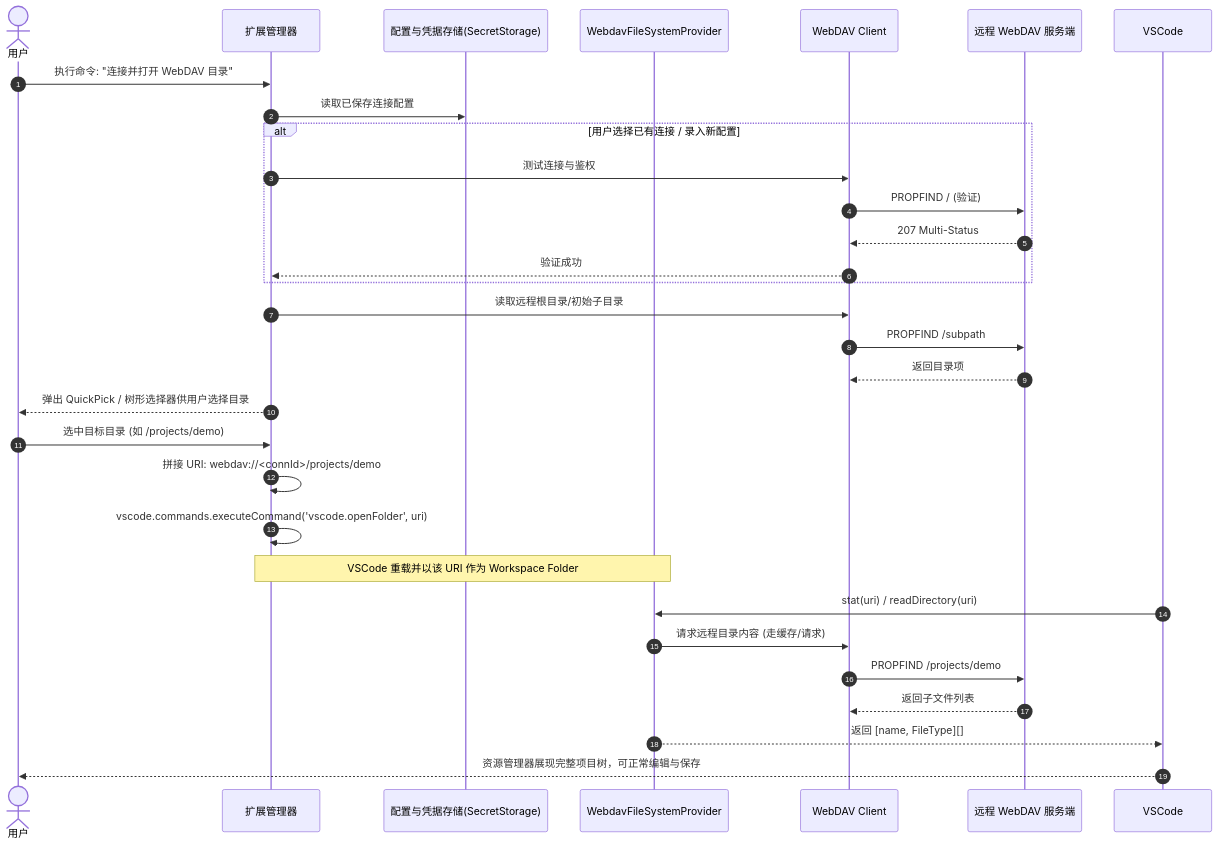
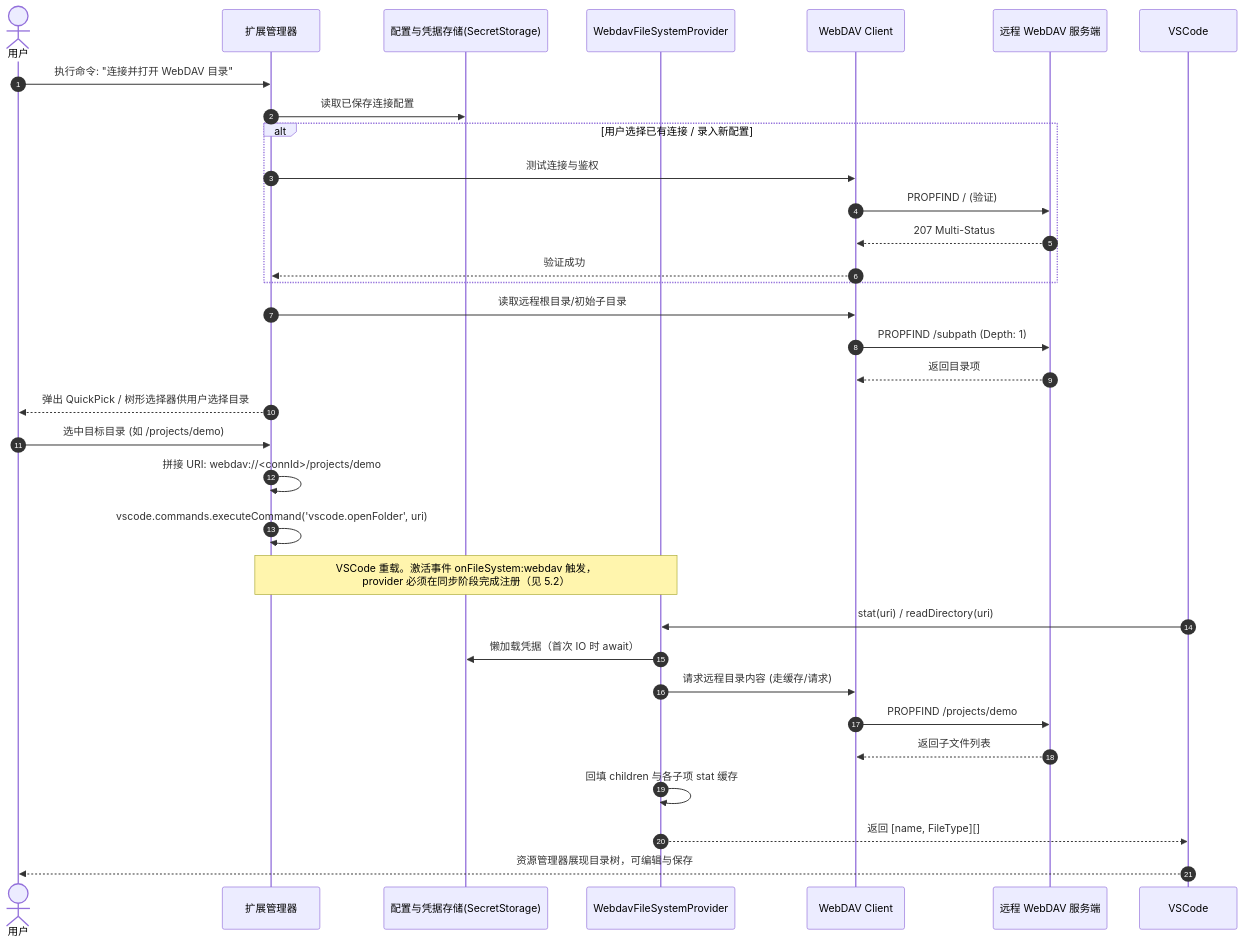
One commit to duskedge/webdav-edit changed the diagram in doc/requirements.md. Above: the diagram before and after it, drawn with Mermaid. The commit also changed other lines of this file, not shown here.

````diff
--- a/doc/requirements.md
+++ b/doc/requirements.md
@@ -116,36 +328,38 @@
 ```mermaid
 sequenceDiagram
     autonumber
     actor User as 用户
     participant Ext as 扩展管理器
     participant Store as 配置与凭据存储(SecretStorage)
     participant FSP as WebdavFileSystemProvider
     participant Client as WebDAV Client
     participant Server as 远程 WebDAV 服务端
 
     User->>Ext: 执行命令: "连接并打开 WebDAV 目录"
     Ext->>Store: 读取已保存连接配置
     alt 用户选择已有连接 / 录入新配置
         Ext->>Client: 测试连接与鉴权
         Client->>Server: PROPFIND / (验证)
         Server-->>Client: 207 Multi-Status
         Client-->>Ext: 验证成功
     end
 
     Ext->>Client: 读取远程根目录/初始子目录
-    Client->>Server: PROPFIND /subpath
+    Client->>Server: PROPFIND /subpath (Depth: 1)
     Server-->>Client: 返回目录项
     Ext-->>User: 弹出 QuickPick / 树形选择器供用户选择目录
     User->>Ext: 选中目标目录 (如 /projects/demo)
 
     Ext->>Ext: 拼接 URI: webdav://<connId>/projects/demo
     Ext->>Ext: vscode.commands.executeCommand('vscode.openFolder', uri)
-    Note over Ext,FSP: VSCode 重载并以该 URI 作为 Workspace Folder
+    Note over Ext,FSP: VSCode 重载。激活事件 onFileSystem:webdav 触发，<br/>provider 必须在同步阶段完成注册（见 5.2）
 
     VSCode->>FSP: stat(uri) / readDirectory(uri)
+    FSP->>Store: 懒加载凭据（首次 IO 时 await）
     FSP->>Client: 请求远程目录内容 (走缓存/请求)
     Client->>Server: PROPFIND /projects/demo
     Server-->>Client: 返回子文件列表
+    FSP->>FSP: 回填 children 与各子项 stat 缓存
     FSP-->>VSCode: 返回 [name, FileType][]
-    VSCode-->>User: 资源管理器展现完整项目树，可正常编辑与保存
+    VSCode-->>User: 资源管理器展现目录树，可编辑与保存
 ```
````
